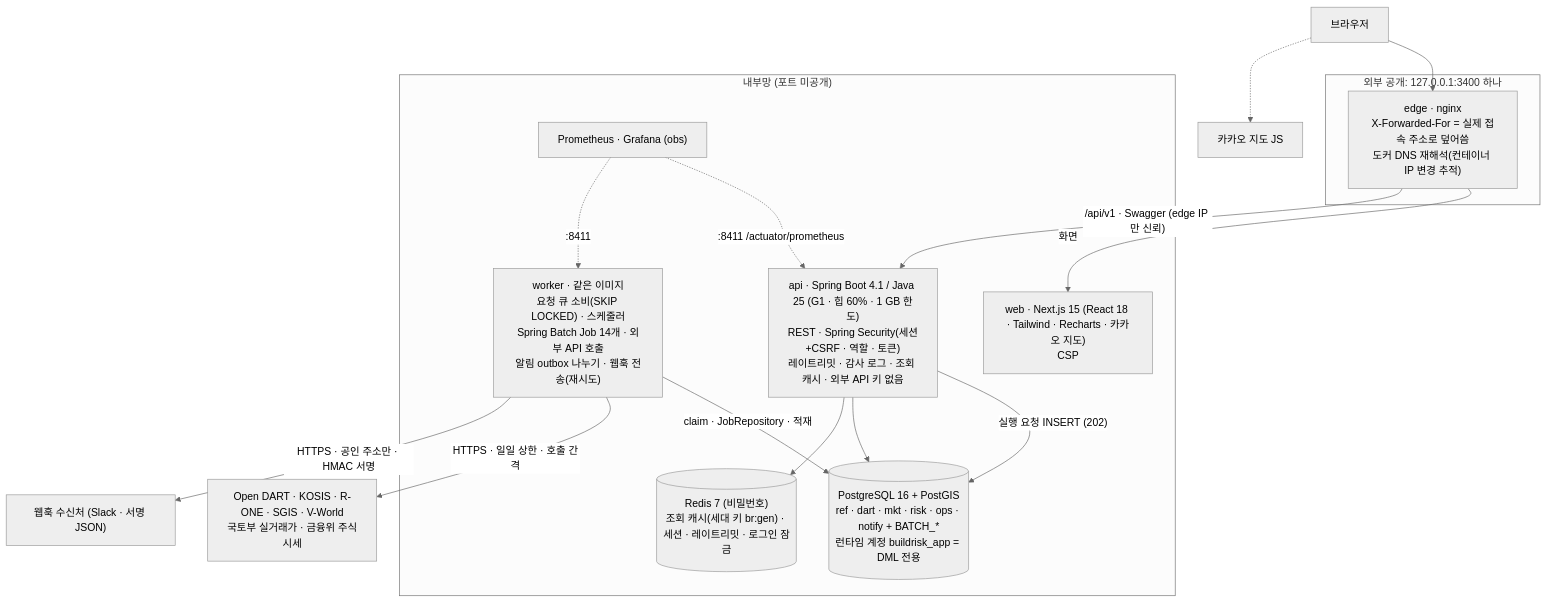
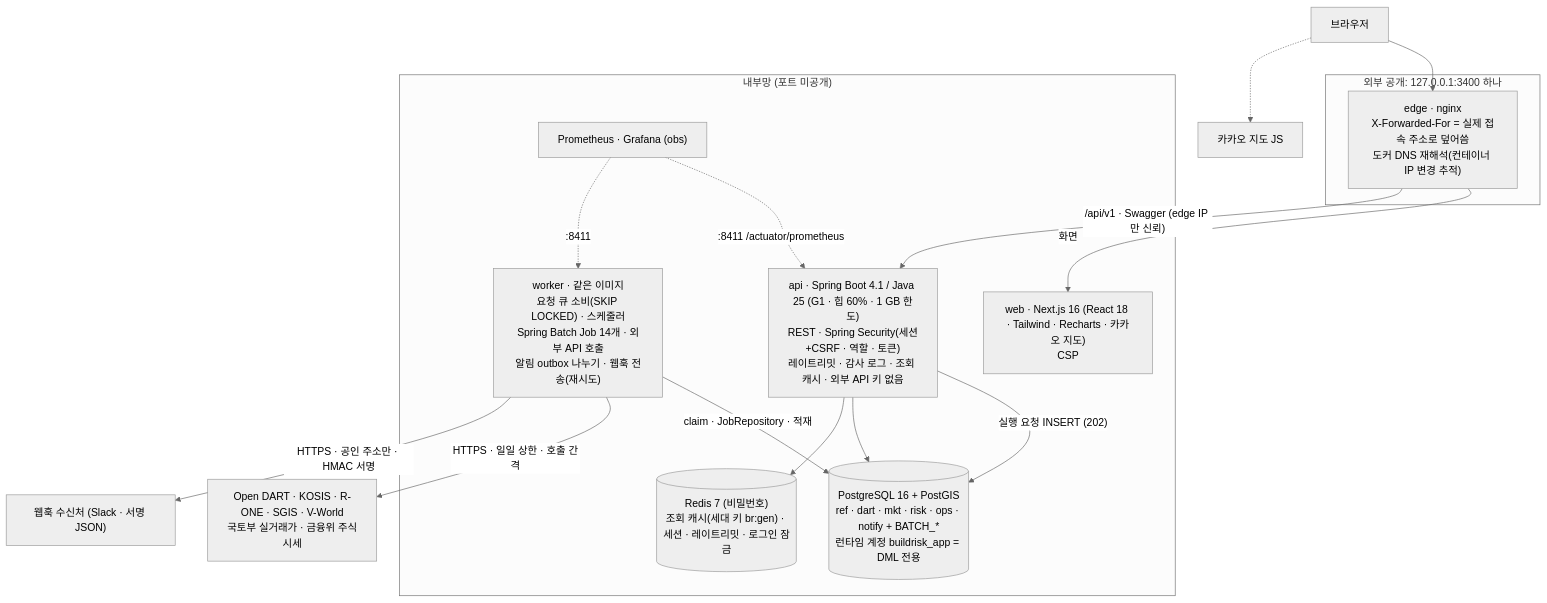
Before and after one commit to Jinyoung-Kang/buildrisk-radar: the first of 2 diagrams in README.md, drawn with Mermaid (neutral theme). The commit also changed other lines of this file and 9 other files, not shown here.

First line of the commit message:
build(web): Next.js 16.3.8 로(15 지원 종료 10-21) — 운영 빌드는 webpack (ADR-028)

````diff
--- a/README.md
+++ b/README.md
@@ -119,31 +119,31 @@
 ```mermaid
 flowchart TB
   user["브라우저"]
   subgraph edgezone["외부 공개: 127.0.0.1:3400 하나"]
     edge["edge · nginx<br/>X-Forwarded-For = 실제 접속 주소로 덮어씀<br/>도커 DNS 재해석(컨테이너 IP 변경 추적)"]
   end
   subgraph internal["내부망 (포트 미공개)"]
-    web["web · Next.js 15 (React 18 · Tailwind · Recharts · 카카오 지도)<br/>CSP"]
+    web["web · Next.js 16 (React 18 · Tailwind · Recharts · 카카오 지도)<br/>CSP"]
     api["api · Spring Boot 4.1 / Java 25 (G1 · 힙 60% · 1 GB 한도)<br/>REST · Spring Security(세션+CSRF · 역할 · 토큰)<br/>레이트리밋 · 감사 로그 · 조회 캐시 · 외부 API 키 없음"]
     worker["worker · 같은 이미지<br/>요청 큐 소비(SKIP LOCKED) · 스케줄러<br/>Spring Batch Job 14개 · 외부 API 호출<br/>알림 outbox 나누기 · 웹훅 전송(재시도)"]
     pg[("PostgreSQL 16 + PostGIS<br/>ref · dart · mkt · risk · ops · notify + BATCH_*<br/>런타임 계정 buildrisk_app = DML 전용")]
     redis[("Redis 7 (비밀번호)<br/>조회 캐시(세대 키 br:gen) · 세션 · 레이트리밋 · 로그인 잠금")]
     prom["Prometheus · Grafana (obs)"]
   end
   ext["Open DART · KOSIS · R-ONE · SGIS · V-World<br/>국토부 실거래가 · 금융위 주식시세"]
   hook["웹훅 수신처 (Slack · 서명 JSON)"]
   kakao["카카오 지도 JS"]
 
   user --> edge
   user -.-> kakao
   edge -- "화면" --> web
   edge -- "/api/v1 · Swagger (edge IP 만 신뢰)" --> api
   api -- "실행 요청 INSERT (202)" --> pg
   worker -- "claim · JobRepository · 적재" --> pg
   worker -- "HTTPS · 일일 상한 · 호출 간격" --> ext
   worker -- "HTTPS · 공인 주소만 · HMAC 서명" --> hook
   api --> pg
   api --> redis
   prom -. ":8411 /actuator/prometheus" .-> api
   prom -. ":8411" .-> worker
 ```
````
